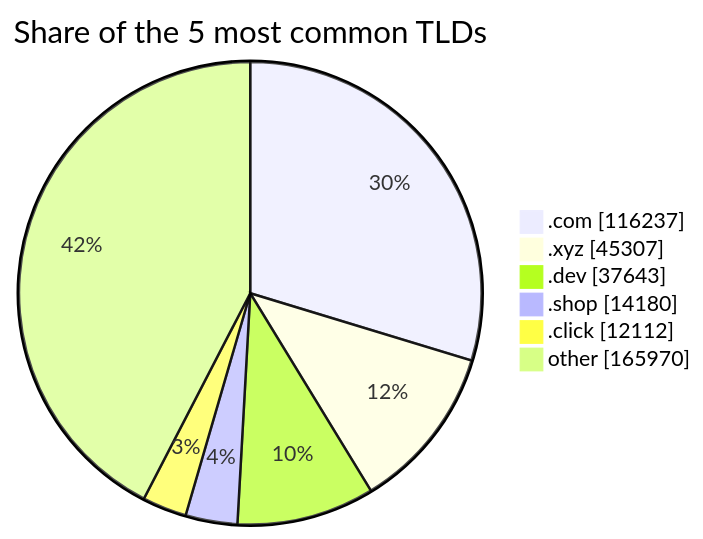
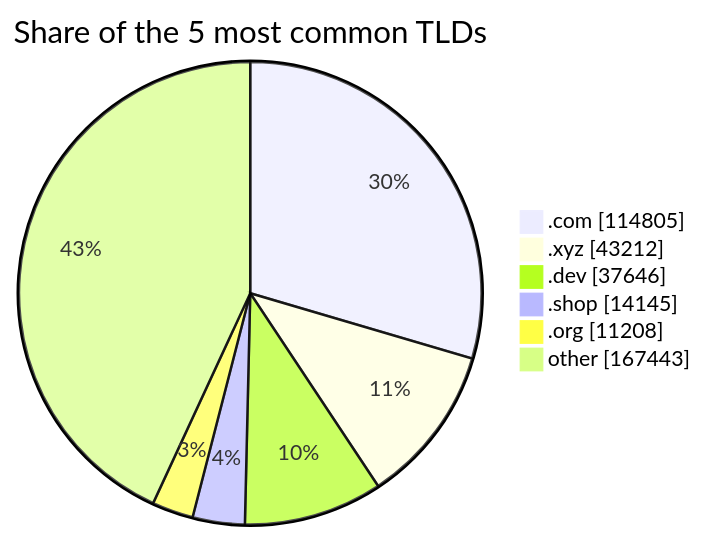
Before and after one commit to DNSBunker/CTI: the third of 3 diagrams in README.md, drawn with Mermaid. The commit also changed other lines of this file and 3 other files, not shown here.

````diff
--- a/README.md
+++ b/README.md
@@ -81,9 +81,9 @@
 ```mermaid
 pie showData title Share of the 5 most common TLDs
-    ".com" : 116237
-    ".xyz" : 45307
-    ".dev" : 37643
-    ".shop" : 14180
-    ".click" : 12112
-    "other" : 165970
+    ".com" : 114805
+    ".xyz" : 43212
+    ".dev" : 37646
+    ".shop" : 14145
+    ".org" : 11208
+    "other" : 167443
 ```
````
